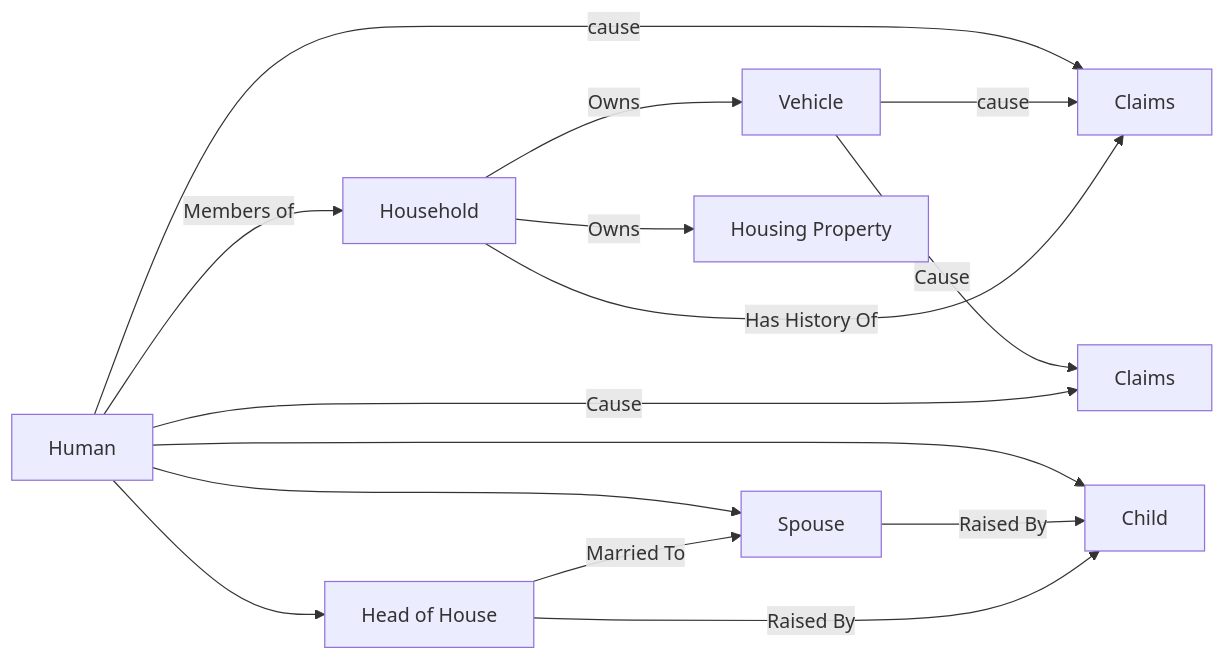
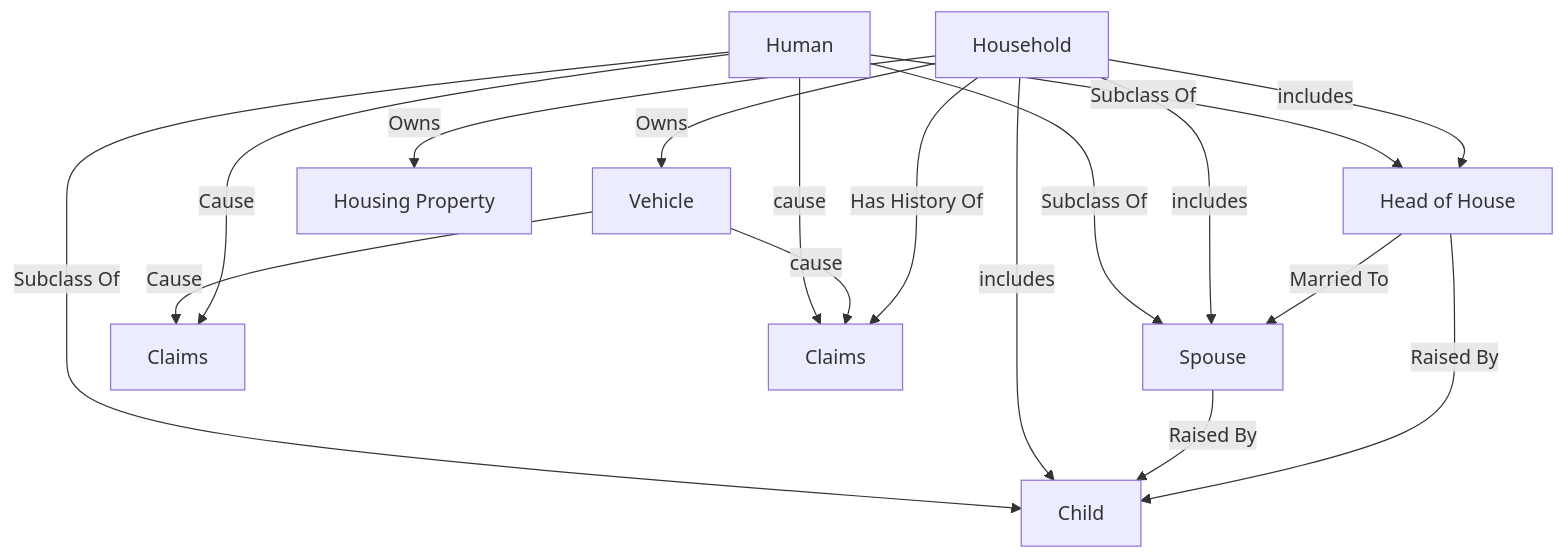
One commit to rosacker/msds_498_insurance_loss_modeling changed the diagram in synthetic_data/README.md. Above: the diagram before and after it, drawn with Mermaid.

Commit message:
Updating diagram

````diff
--- a/synthetic_data/README.md
+++ b/synthetic_data/README.md
@@ -7,15 +7,15 @@
 ```mermaid
-graph LR;
+graph TD;
 household[Household]
-human[Human] --> child[Child] & spouse[Spouse] & head_of_house[Head of House]
-human -->|Members of| household
+human[Human] -->|Subclass Of| child[Child] & spouse[Spouse] & head_of_house[Head of House]
+household --> |includes| child & spouse & head_of_house
 head_of_house -->|Married To| spouse
 spouse & head_of_house -->|Raised By| child
 
 household -->|Owns| vehicle[Vehicle] & housing_property[Housing Property]
 vehicle & human -->|Cause| claims[Claims]
 
 human & vehicle -->|cause| claim[Claims]
 household -->|Has History Of| claim
 
 ```
````
